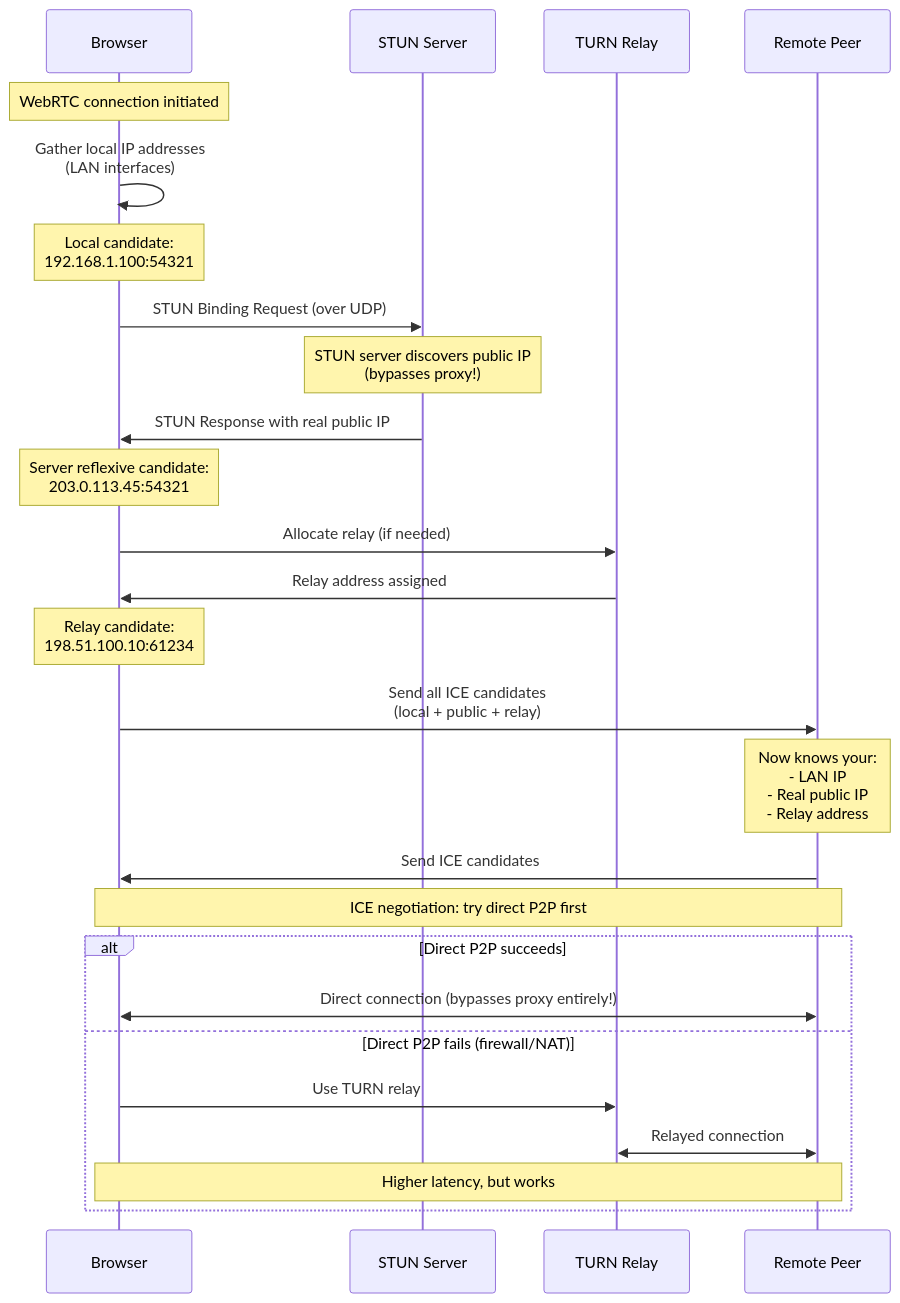
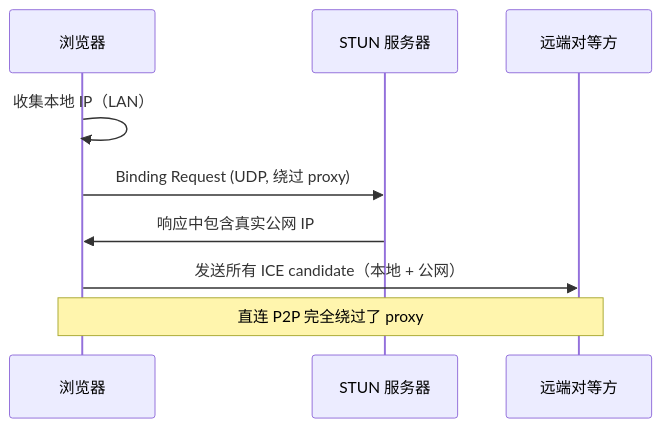
Before and after one commit to autoscrape-labs/pydoll: the third of 3 diagrams in docs/zh/deep-dive/network/network-fundamentals.md, drawn with Mermaid. The commit also changed other lines of this file and 241 other files, not shown here.

````diff
--- a/docs/zh/deep-dive/network/network-fundamentals.md
+++ b/docs/zh/deep-dive/network/network-fundamentals.md
@@ -199,36 +122,12 @@
 ```mermaid
 sequenceDiagram
-    participant Browser
-    participant STUN as STUN Server
-    participant TURN as TURN Relay
-    participant Peer as Remote Peer
+    participant Browser as 浏览器
+    participant STUN as STUN 服务器
+    participant Peer as 远端对等方
 
-    Note over Browser: WebRTC connection initiated
-
-    Browser->>Browser: Gather local IP addresses<br/>(LAN interfaces)
-    Note over Browser: Local candidate:<br/>192.168.1.100:54321
-
-    Browser->>STUN: STUN Binding Request (over UDP)
-    Note over STUN: STUN server discovers public IP<br/>(bypasses proxy!)
-    STUN->>Browser: STUN Response with real public IP
-    Note over Browser: Server reflexive candidate:<br/>203.0.113.45:54321
-
-    Browser->>TURN: Allocate relay (if needed)
-    TURN->>Browser: Relay address assigned
-    Note over Browser: Relay candidate:<br/>198.51.100.10:61234
-
-    Browser->>Peer: Send all ICE candidates<br/>(local + public + relay)
-    Note over Peer: Now knows your:<br/>- LAN IP<br/>- Real public IP<br/>- Relay address
-
-    Peer->>Browser: Send ICE candidates
-
-    Note over Browser,Peer: ICE negotiation: try direct P2P first
-
-    alt Direct P2P succeeds
-        Browser<<->>Peer: Direct connection (bypasses proxy entirely!)
-    else Direct P2P fails (firewall/NAT)
-        Browser->>TURN: Use TURN relay
-        TURN<<->>Peer: Relayed connection
-        Note over Browser,Peer: Higher latency, but works
-    end
+    Browser->>Browser: 收集本地 IP（LAN）
+    Browser->>STUN: Binding Request (UDP, 绕过 proxy)
+    STUN->>Browser: 响应中包含真实公网 IP
+    Browser->>Peer: 发送所有 ICE candidate（本地 + 公网）
+    Note over Browser,Peer: 直连 P2P 完全绕过了 proxy
 ```
````
